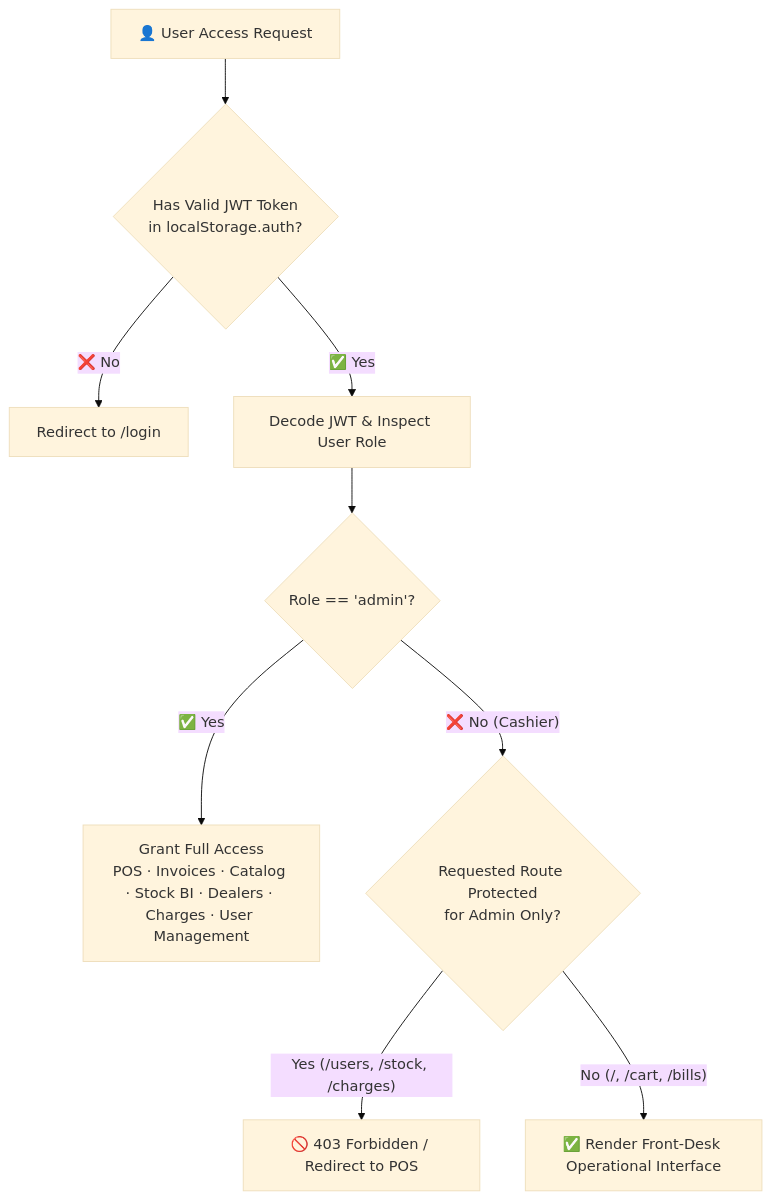
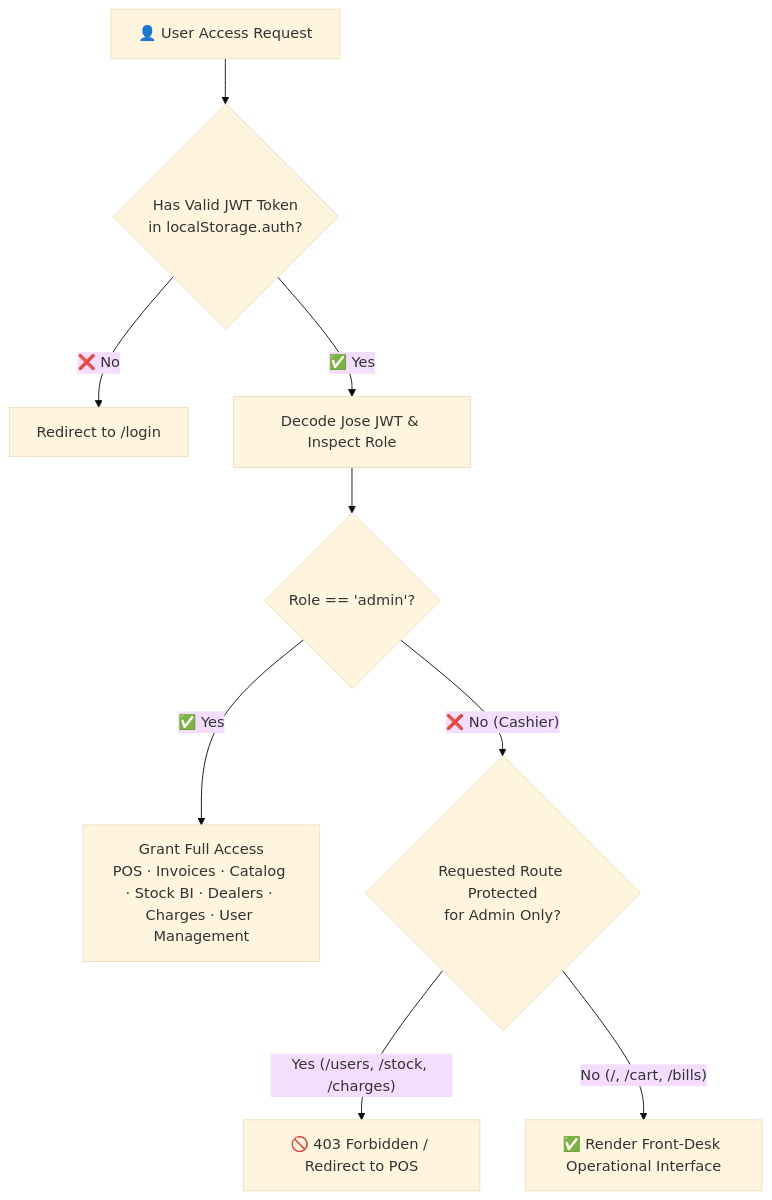
One commit to Haiderali445/mern-pos changed the third of 4 diagrams in README.md. Above: the diagram before and after it, drawn with Mermaid (base theme). The commit also changed other lines of this file and 126 other files, not shown here.

````diff
--- a/README.md
+++ b/README.md
@@ -251,11 +193,11 @@
 ```mermaid
 flowchart TD
     A["👤 User Access Request"] --> B{"Has Valid JWT Token\nin localStorage.auth?"}
     B -->|"❌ No"| C["Redirect to /login"]
-    B -->|"✅ Yes"| D["Decode JWT & Inspect User Role"]
+    B -->|"✅ Yes"| D["Decode Jose JWT & Inspect Role"]
     D --> E{"Role == 'admin'?"}
     E -->|"✅ Yes"| F["Grant Full Access\nPOS · Invoices · Catalog · Stock BI · Dealers · Charges · User Management"]
     E -->|"❌ No (Cashier)"| G{"Requested Route Protected\nfor Admin Only?"}
     G -->|"Yes (/users, /stock, /charges)"| H["🚫 403 Forbidden / Redirect to POS"]
     G -->|"No (/, /cart, /bills)"| I["✅ Render Front-Desk Operational Interface"]
 ```
````
